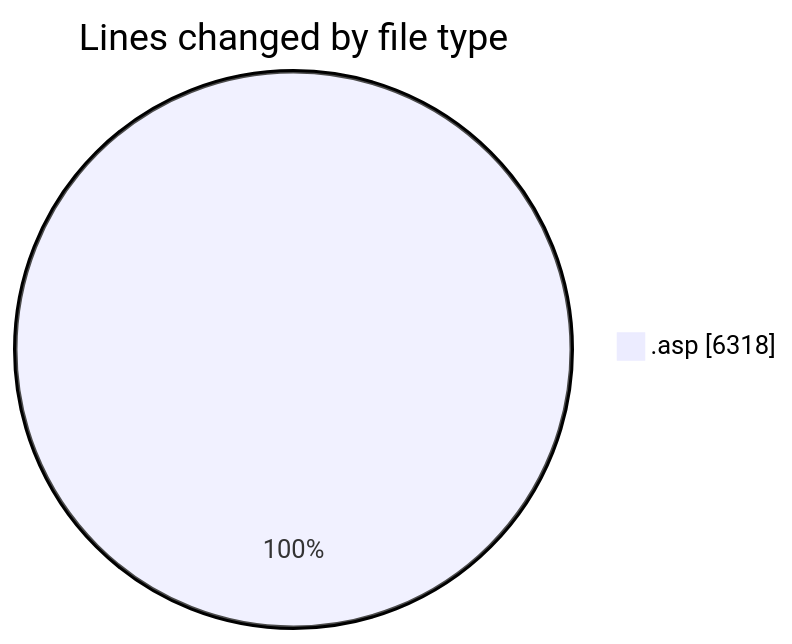
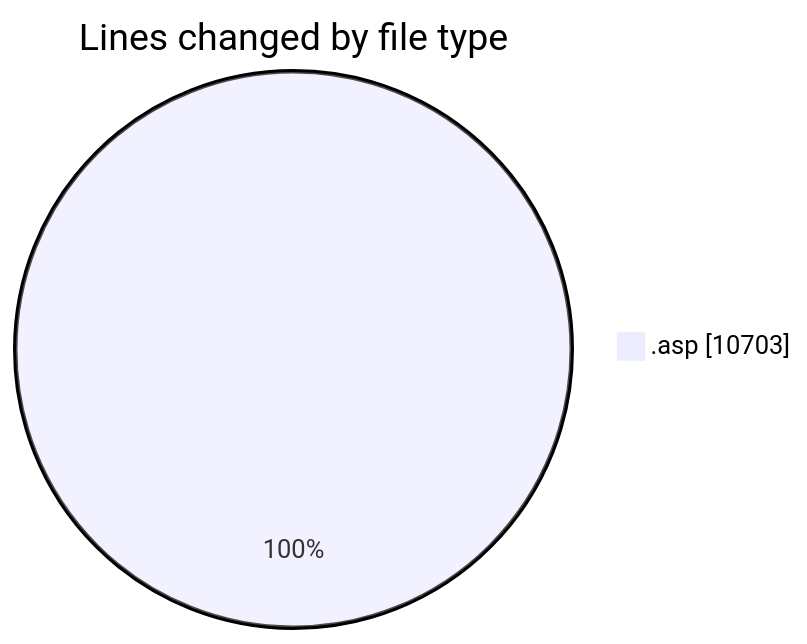
The first of 2 diagrams in 2025-11-01/cdp_aleoudev_fr__workspace_/README.md (julien-gomy/code-tracking), drawn with Mermaid before and after one commit. The commit also changed other lines of this file and 1 other file, not shown here.

````diff
--- a/2025-11-01/cdp_aleoudev_fr__workspace_/README.md
+++ b/2025-11-01/cdp_aleoudev_fr__workspace_/README.md
@@ -24,5 +25,5 @@
 ```mermaid
 pie showData
 title Lines changed by file type
-".asp" : 6318
+".asp" : 10703
 ```
````
